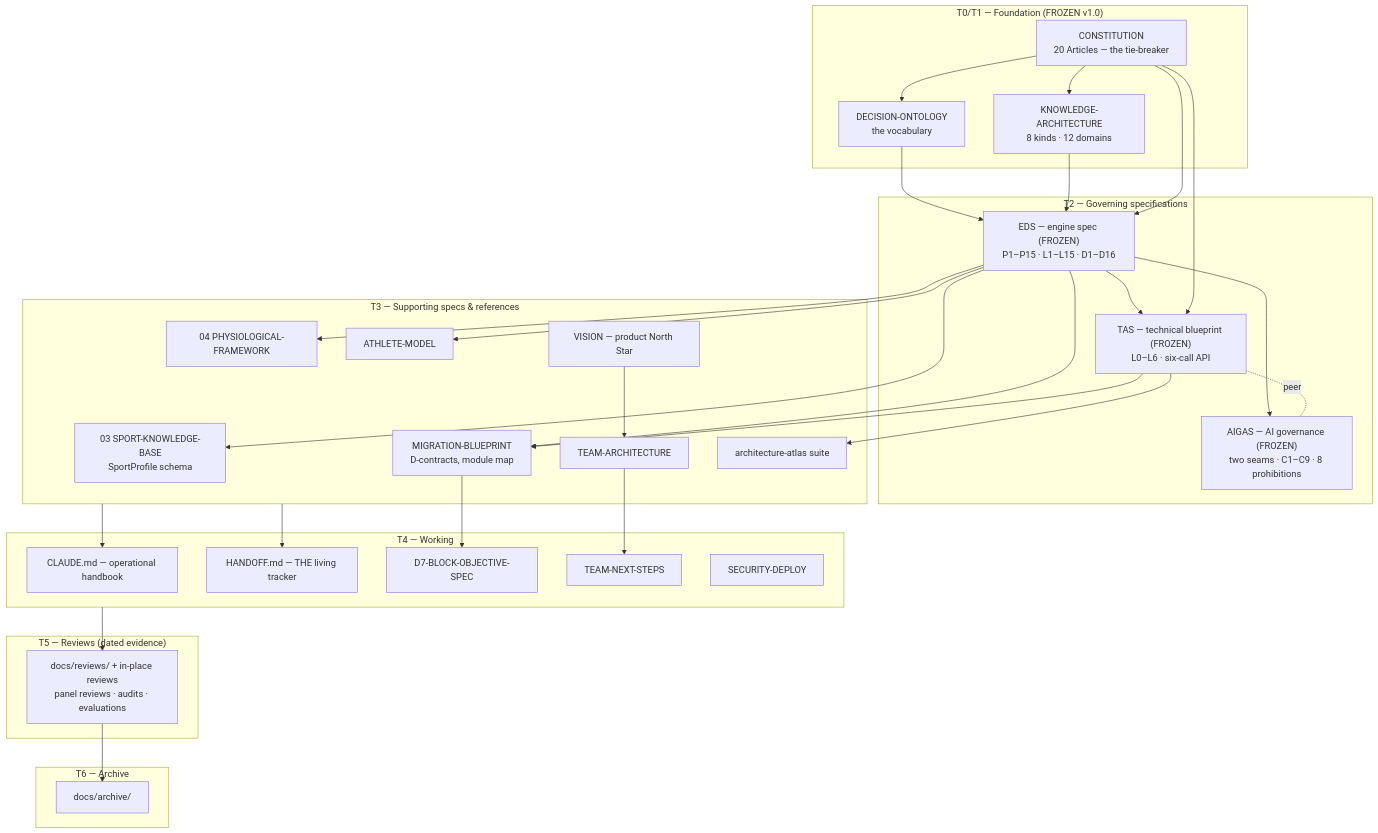
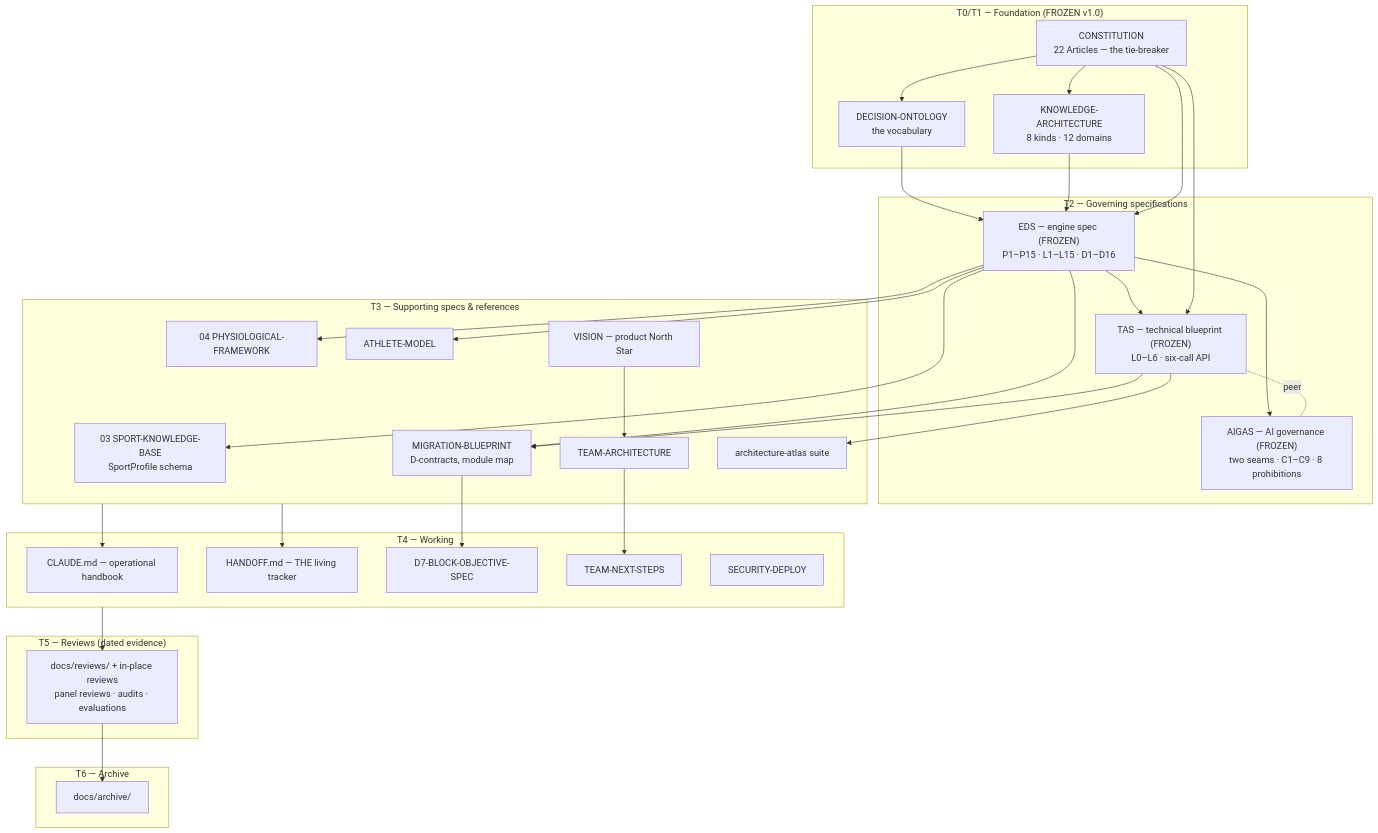
Before and after one commit to SimonDring/hybrid-react: the diagram in docs/DOCUMENTATION-INDEX.md, drawn with Mermaid. The commit also changed 1 other file, not shown here.

Commit message:
docs(ratify): Article count 20→22 in CLAUDE.md + index diagram (reconciliation sweep)

````diff
--- a/docs/DOCUMENTATION-INDEX.md
+++ b/docs/DOCUMENTATION-INDEX.md
@@ -10,51 +10,51 @@
 ```mermaid
 flowchart TD
     subgraph T0T1 ["T0/T1 — Foundation (FROZEN v1.0)"]
-        CONST[CONSTITUTION<br/>20 Articles — the tie-breaker]
+        CONST[CONSTITUTION<br/>22 Articles — the tie-breaker]
         ONT[DECISION-ONTOLOGY<br/>the vocabulary]
         KA[KNOWLEDGE-ARCHITECTURE<br/>8 kinds · 12 domains]
     end
     subgraph T2 ["T2 — Governing specifications"]
         EDS["EDS — engine spec (FROZEN)<br/>P1–P15 · L1–L15 · D1–D16"]
         TAS["TAS — technical blueprint (FROZEN)<br/>L0–L6 · six-call API"]
         AIGAS["AIGAS — AI governance (FROZEN)<br/>two seams · C1–C9 · 8 prohibitions"]
     end
     subgraph T3 ["T3 — Supporting specs & references"]
         SKB[03 SPORT-KNOWLEDGE-BASE<br/>SportProfile schema]
         PHYS[04 PHYSIOLOGICAL-FRAMEWORK]
         MB[MIGRATION-BLUEPRINT<br/>D-contracts, module map]
         AM[ATHLETE-MODEL]
         TEAM[TEAM-ARCHITECTURE]
         ATLAS[architecture-atlas suite]
         VIS[VISION — product North Star]
     end
     subgraph T4 ["T4 — Working"]
         CM[CLAUDE.md — operational handbook]
         HO[HANDOFF.md — THE living tracker]
         D7[D7-BLOCK-OBJECTIVE-SPEC]
         TNS[TEAM-NEXT-STEPS]
         SD[SECURITY-DEPLOY]
     end
     subgraph T5 ["T5 — Reviews (dated evidence)"]
         REV[docs/reviews/ + in-place reviews<br/>panel reviews · audits · evaluations]
     end
     subgraph T6 ["T6 — Archive"]
         ARC[docs/archive/]
     end
     CONST --> ONT & KA
     ONT --> EDS
     KA --> EDS
     CONST --> EDS
     EDS --> TAS
     CONST --> TAS
     EDS --> AIGAS
     TAS -.peer.- AIGAS
     VIS --> TEAM
     EDS --> SKB & PHYS & MB & AM
     TAS --> MB & ATLAS
     TEAM --> TNS
     MB --> D7
     T3 --> CM & HO
     T4 --> REV
     REV --> ARC
 ```
````
